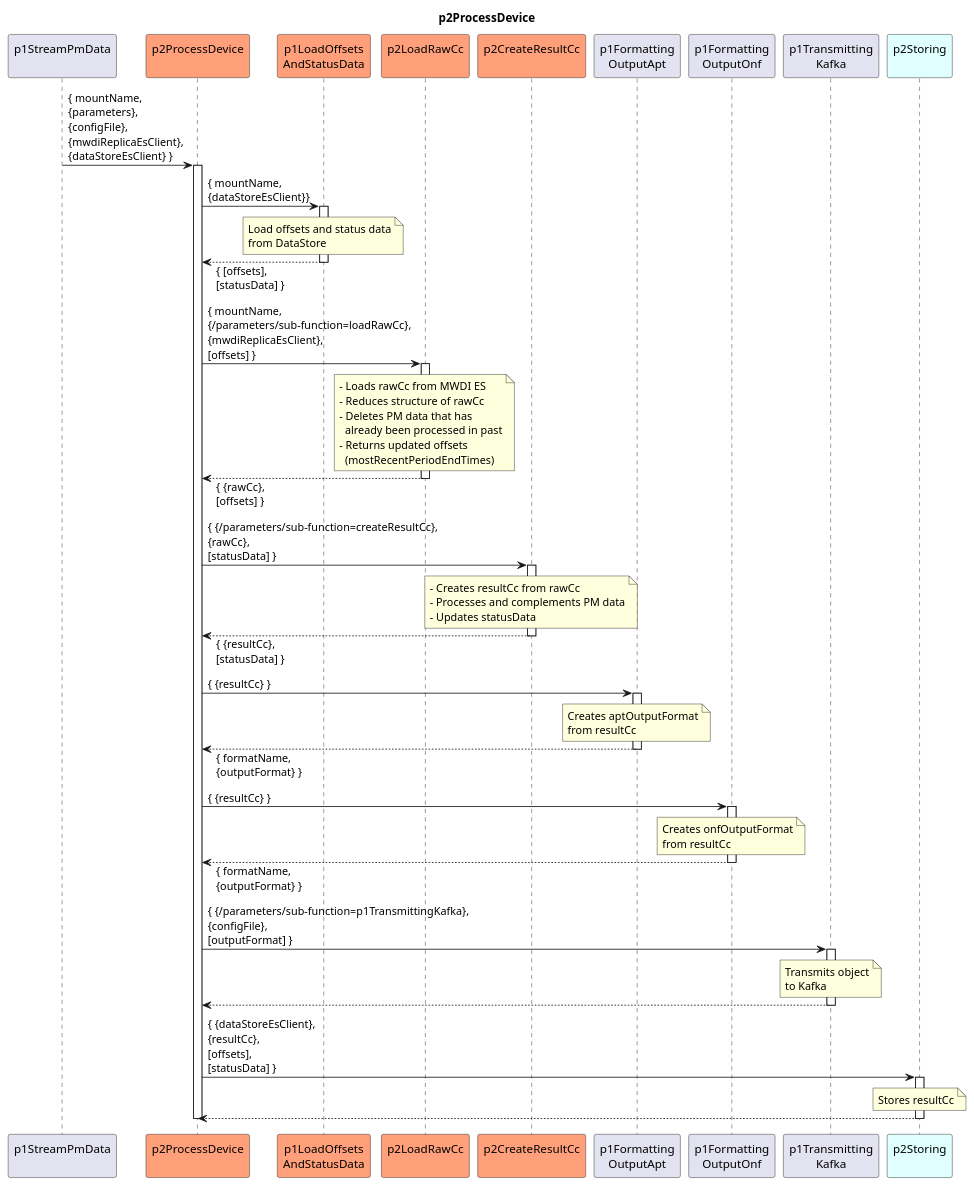
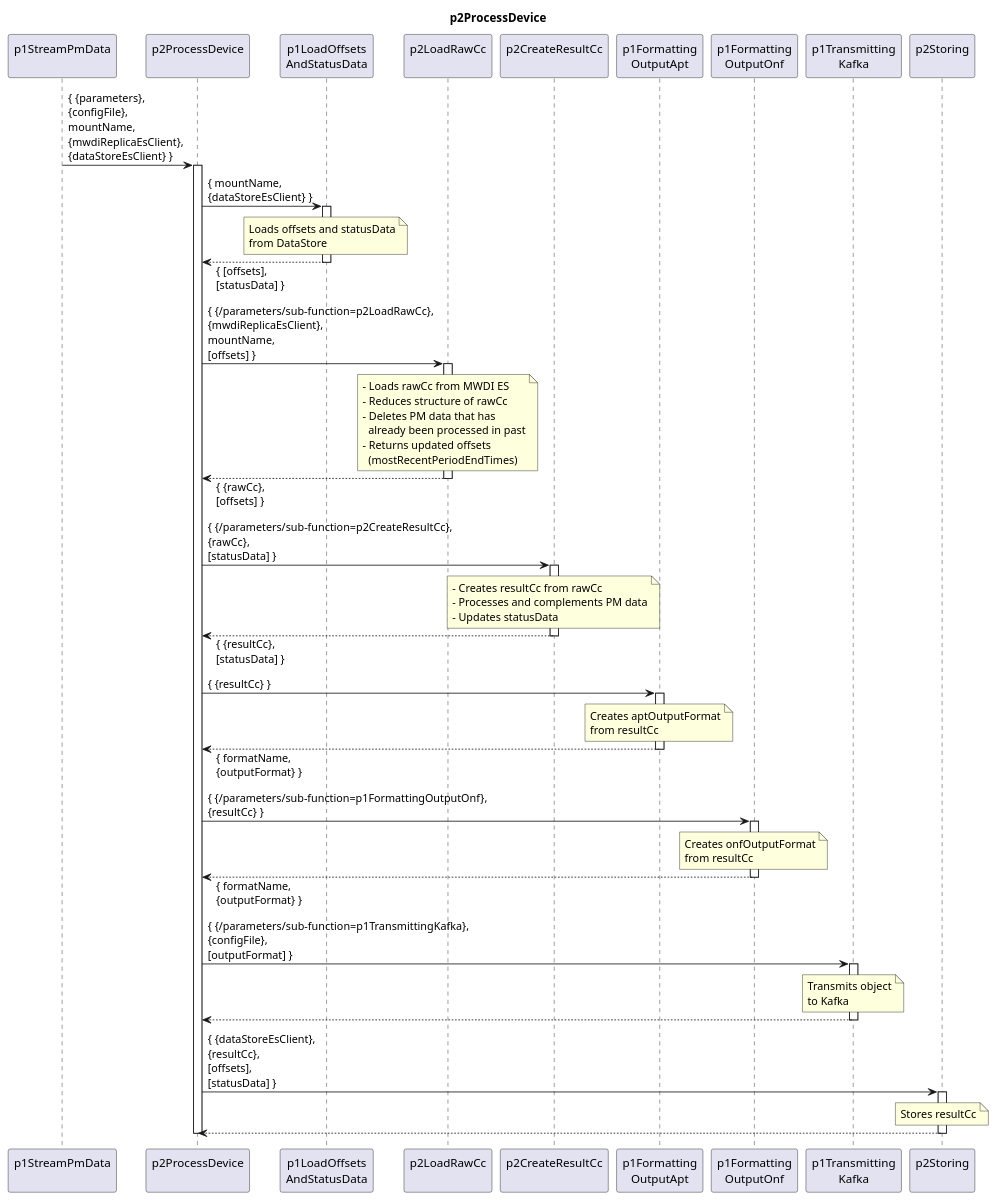
Before and after one commit to openBackhaul/DevicePerformanceManagementDataProcessor: the diagram in spec/Functions/p1StreamPmData/p2ProcessDevice/1.0.0/p2ProcessDevice.plantuml, drawn with PlantUML. The commit also changed 13 other files, not shown here.

Commit message:
Files checked for p2Storing, p2ProcessDevice and p1LoadOffsetsAndStatusData

```diff
--- a/spec/Functions/p1StreamPmData/p2ProcessDevice/1.0.0/p2ProcessDevice.plantuml
+++ b/spec/Functions/p1StreamPmData/p2ProcessDevice/1.0.0/p2ProcessDevice.plantuml
@@ -1,112 +1,111 @@
 @startuml p2ProcessDevice
 skinparam responseMessageBelowArrow true
 
 title
   p2ProcessDevice
 end title
 
 participant "p1StreamPmData\n" as requestor
-participant "p2ProcessDevice\n" as cur #LightSalmon
-participant "p1LoadOffsets\nAndStatusData" as p1Offset #LightSalmon
-participant "p2LoadRawCc\n" as p2AddRaw #LightSalmon
-participant "p2CreateResultCc\n" as p2CreateResCc #LightSalmon
+participant "p2ProcessDevice\n" as cur
+participant "p1LoadOffsets\nAndStatusData" as p1Offset
+participant "p2LoadRawCc\n" as p2AddRaw
+participant "p2CreateResultCc\n" as p2CreateResCc
 participant "p1Formatting\nOutputApt" as p1OutputApt
 participant "p1Formatting\nOutputOnf" as p1OutputOnf
 participant "p1Transmitting\nKafka" as p1Trans
-participant "p2Storing\n" as p2Store #LightCyan
+participant "p2Storing\n" as p2Store
 
-
-requestor -> cur : { mountName,\n{parameters},\n{configFile},\n{mwdiReplicaEsClient},\n{dataStoreEsClient} }
+requestor -> cur : { {parameters},\n{configFile},\nmountName,\n{mwdiReplicaEsClient},\n{dataStoreEsClient} }
 activate cur
 
-  'LoadOffestsAndStatusData
-  cur -> p1Offset: { mountName,\n{dataStoreEsClient}}
+  'LoadOffsetsAndStatusData
+  cur -> p1Offset: { mountName,\n{dataStoreEsClient} }
   activate p1Offset
 
     note over p1Offset
-      Load offsets and status data
+      Loads offsets and statusData
       from DataStore
     end note
 
   cur <-- p1Offset: { [offsets],\n[statusData] }
   deactivate p1Offset
 
   'LoadRawCc
-  cur -> p2AddRaw : { mountName,\n{/parameters/sub-function=loadRawCc},\n{mwdiReplicaEsClient},\n[offsets] }
+  cur -> p2AddRaw : { {/parameters/sub-function=p2LoadRawCc},\n{mwdiReplicaEsClient},\nmountName,\n[offsets] }
   activate p2AddRaw
 
     note over p2AddRaw
       - Loads rawCc from MWDI ES
       - Reduces structure of rawCc
       - Deletes PM data that has
         already been processed in past
       - Returns updated offsets
         (mostRecentPeriodEndTimes)
     end note
 
   cur <-- p2AddRaw : { {rawCc},\n[offsets] }
   deactivate p2AddRaw
 
   'CreateResultCc
-  cur -> p2CreateResCc : { {/parameters/sub-function=createResultCc},\n{rawCc},\n[statusData] }
+  cur -> p2CreateResCc : { {/parameters/sub-function=p2CreateResultCc},\n{rawCc},\n[statusData] }
   activate p2CreateResCc
 
     note over p2CreateResCc
       - Creates resultCc from rawCc
       - Processes and complements PM data
       - Updates statusData
     end note
 
   cur <-- p2CreateResCc :  { {resultCc},\n[statusData] }
   deactivate p2CreateResCc
 
   'FormattingOutputApt
   cur -> p1OutputApt : { {resultCc} }
   activate p1OutputApt
 
     note over p1OutputApt
       Creates aptOutputFormat
       from resultCc
     end note
 
   cur <-- p1OutputApt : { formatName,\n{outputFormat} }
   deactivate p1OutputApt
 
   'FormattingOutputOnf
-  cur -> p1OutputOnf : { {resultCc} }
+  cur -> p1OutputOnf : { {/parameters/sub-function=p1FormattingOutputOnf},\n{resultCc} }
   activate p1OutputOnf
 
     note over p1OutputOnf
       Creates onfOutputFormat
       from resultCc
     end note
 
   cur <-- p1OutputOnf : { formatName,\n{outputFormat} }
   deactivate p1OutputOnf
 
   'TransmittingKafka
   cur -> p1Trans : { {/parameters/sub-function=p1TransmittingKafka},\n{configFile},\n[outputFormat] }
   activate p1Trans
 
     note over p1Trans
       Transmits object
       to Kafka
     end note
 
   cur <-- p1Trans
   deactivate p1Trans
 
   'Storing
   cur -> p2Store : { {dataStoreEsClient},\n{resultCc},\n[offsets],\n[statusData] }
   activate p2Store
 
     note over p2Store
       Stores resultCc
     end note
 
   cur <-- p2Store
   deactivate p2Store
 
 deactivate cur
 
 @enduml
```
